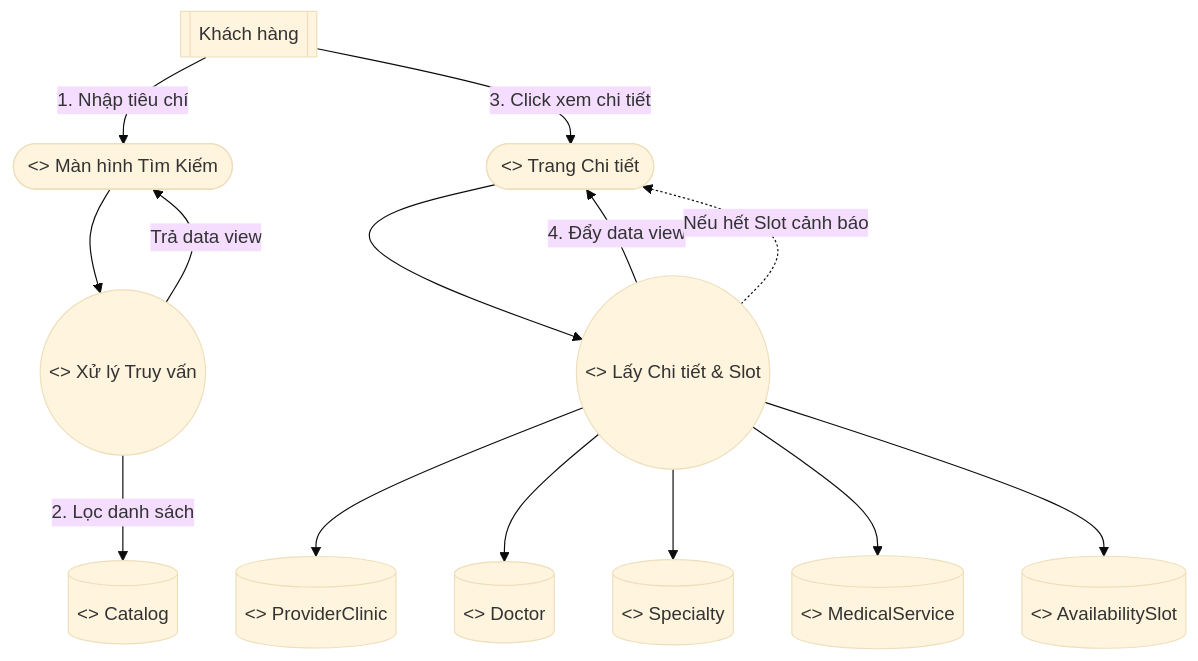
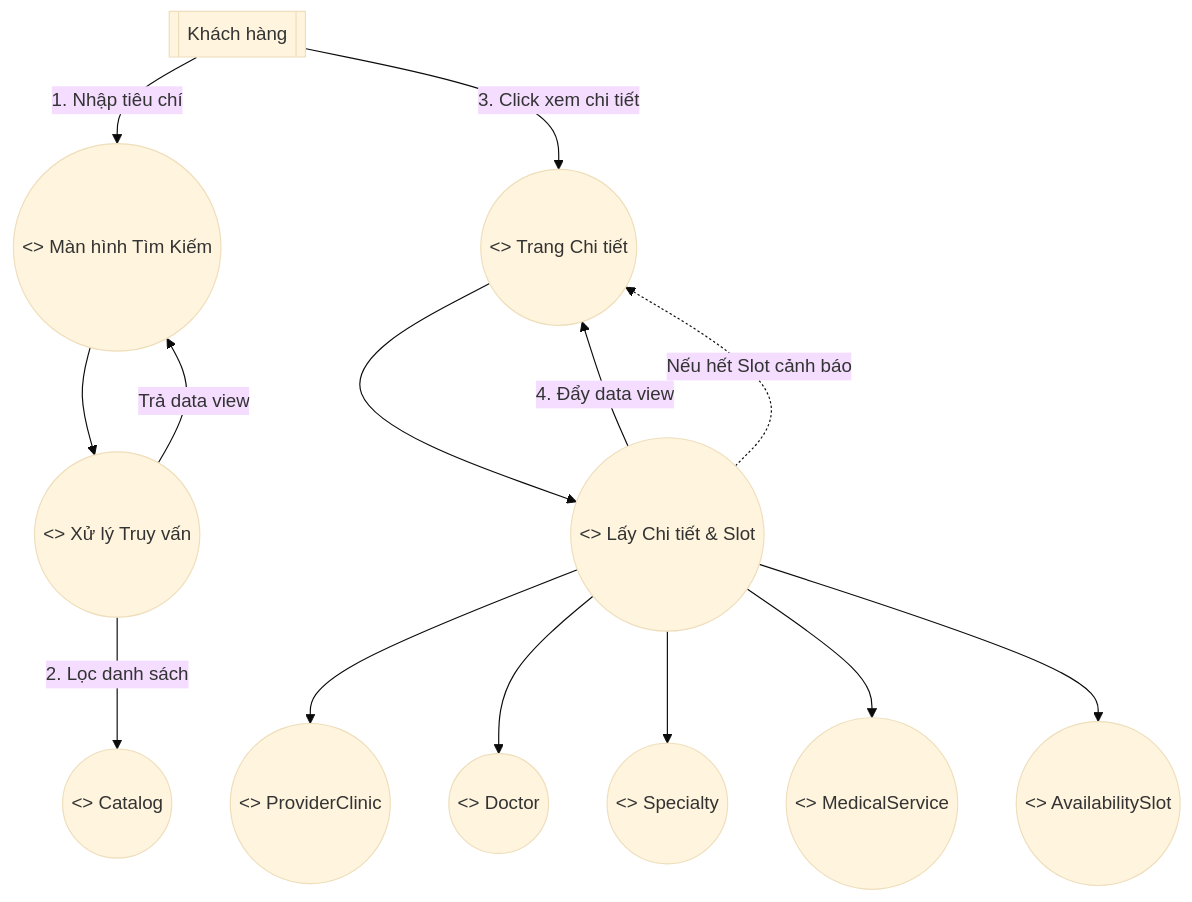
Before and after one commit to qhun22/qq: the second of 10 diagrams in README.md, drawn with Mermaid (base theme). The commit also changed other lines of this file, not shown here.

````diff
--- a/README.md
+++ b/README.md
@@ -96,33 +77,33 @@
 ```mermaid
 flowchart TD
   A_CUS[[Khách hàng]]
   
-  B_SEARCH([<<boundary>> Màn hình Tìm Kiếm])
-  B_DETAIL([<<boundary>> Trang Chi tiết])
+  B_SEARCH((<<boundary>> Màn hình Tìm Kiếm))
+  B_DETAIL((<<boundary>> Trang Chi tiết))
   
   C_QUERY((<<control>> Xử lý Truy vấn))
   C_FETCH((<<control>> Lấy Chi tiết & Slot))
   
-  E_CAT[(<<entity>> Catalog)]
-  E_CLINIC[(<<entity>> ProviderClinic)]
-  E_DOC[(<<entity>> Doctor)]
-  E_SPEC[(<<entity>> Specialty)]
-  E_SERV[(<<entity>> MedicalService)]
-  E_SLOT[(<<entity>> AvailabilitySlot)]
+  E_CAT((<<entity>> Catalog))
+  E_CLINIC((<<entity>> ProviderClinic))
+  E_DOC((<<entity>> Doctor))
+  E_SPEC((<<entity>> Specialty))
+  E_SERV((<<entity>> MedicalService))
+  E_SLOT((<<entity>> AvailabilitySlot))
 
   A_CUS -->|1. Nhập tiêu chí| B_SEARCH
   B_SEARCH --> C_QUERY
   C_QUERY -->|2. Lọc danh sách| E_CAT
   C_QUERY -->|Trả data view| B_SEARCH
   
   A_CUS -->|3. Click xem chi tiết| B_DETAIL
   B_DETAIL --> C_FETCH
   C_FETCH --> E_CLINIC
   C_FETCH --> E_DOC
   C_FETCH --> E_SPEC
   C_FETCH --> E_SERV
   C_FETCH --> E_SLOT
   C_FETCH -->|4. Đẩy data view| B_DETAIL
   
   C_FETCH -.->|Nếu hết Slot cảnh báo| B_DETAIL
 ```
````
